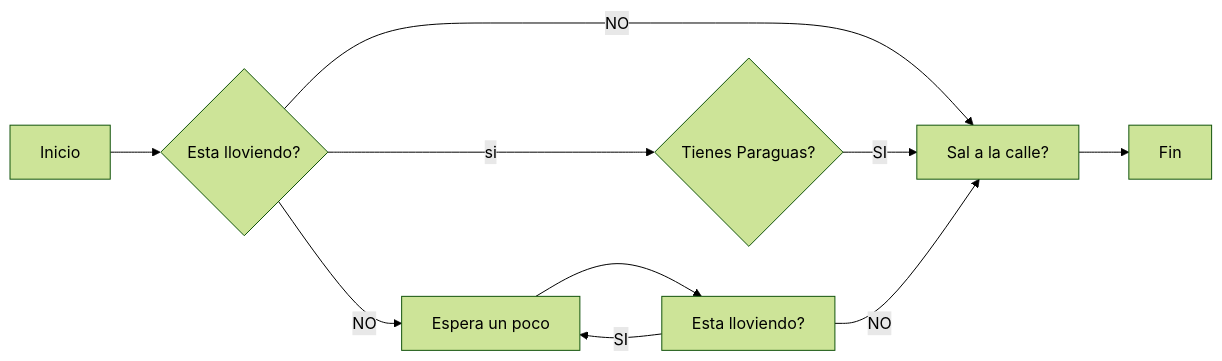
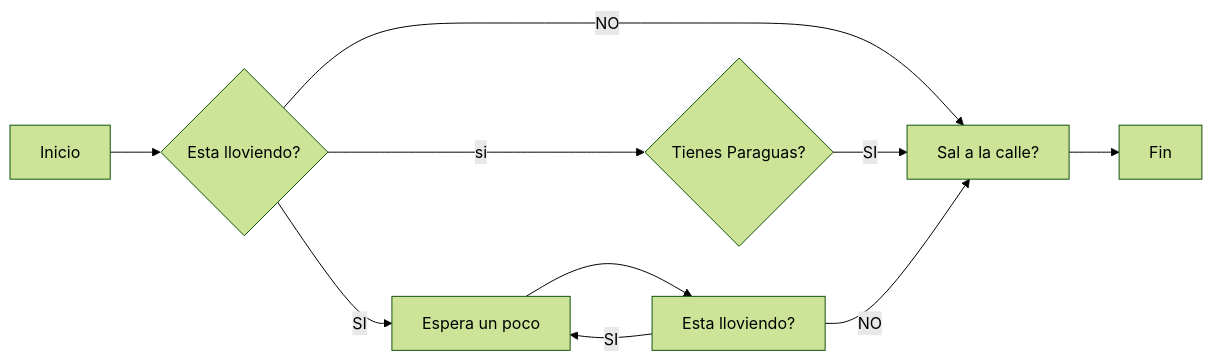
One commit to WiWagner8462/PHP changed the diagram in README.md. Above: the diagram before and after it, drawn with Mermaid (forest theme).

Commit message:
B -->|SI| E[Espera un poco]

```diff
--- a/README.md
+++ b/README.md
@@ -164,12 +164,12 @@
 ~~~mermaid
 graph LR
     A[Inicio] --> B{Esta lloviendo?}
     B -->|si| C{Tienes Paraguas?}
     B -->|NO| P[Sal a la calle?]
     C -->|SI| P
-    B -->|NO| E[Espera un poco]
+    B -->|SI| E[Espera un poco]
     E --> R[Esta lloviendo?]
     R -->|SI| E
     R -->|NO| P
     P --> y[Fin]
 ~~~
```
